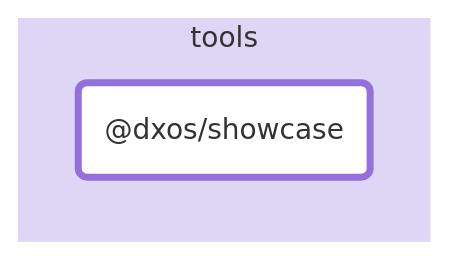
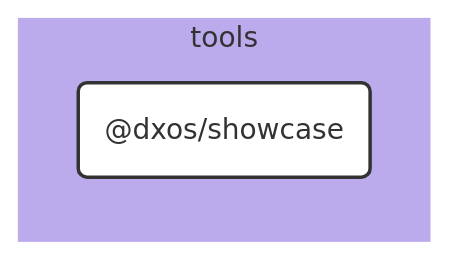
Before and after one commit to dxos/dxos: the diagram in tools/showcase/docs/README.md, drawn with Mermaid. The commit also changed 100 other files, not shown here.

````diff
--- a/tools/showcase/docs/README.md
+++ b/tools/showcase/docs/README.md
@@ -7,12 +7,25 @@
 ```mermaid
-flowchart LR;
+%%{ init: {'flowchart':{'curve':'basis'}} }%%
 
-style dxos/showcase fill:#fff,stroke-width:4px;
+flowchart LR
+
+%% Links
+
+%% Sections
+subgraph tools
+  style tools fill:#bbabed,stroke:#fff;
+
+  dxos/showcase("@dxos/showcase")
+end
 
 
-subgraph tools
-  style tools fill:#ded6f5,stroke:#fff;
-  dxos/showcase("@dxos/showcase");
-end
+%% Hyperlinks
+
+%% Styles
+classDef rootNode fill:#fff,stroke:#333,stroke-width:2px
+classDef defaultNode fill:#fff,stroke:#333,stroke-width:1px
+linkStyle default stroke:#333,stroke-width:1px
+
+dxos/showcase:::rootNode
 
 ```
````
